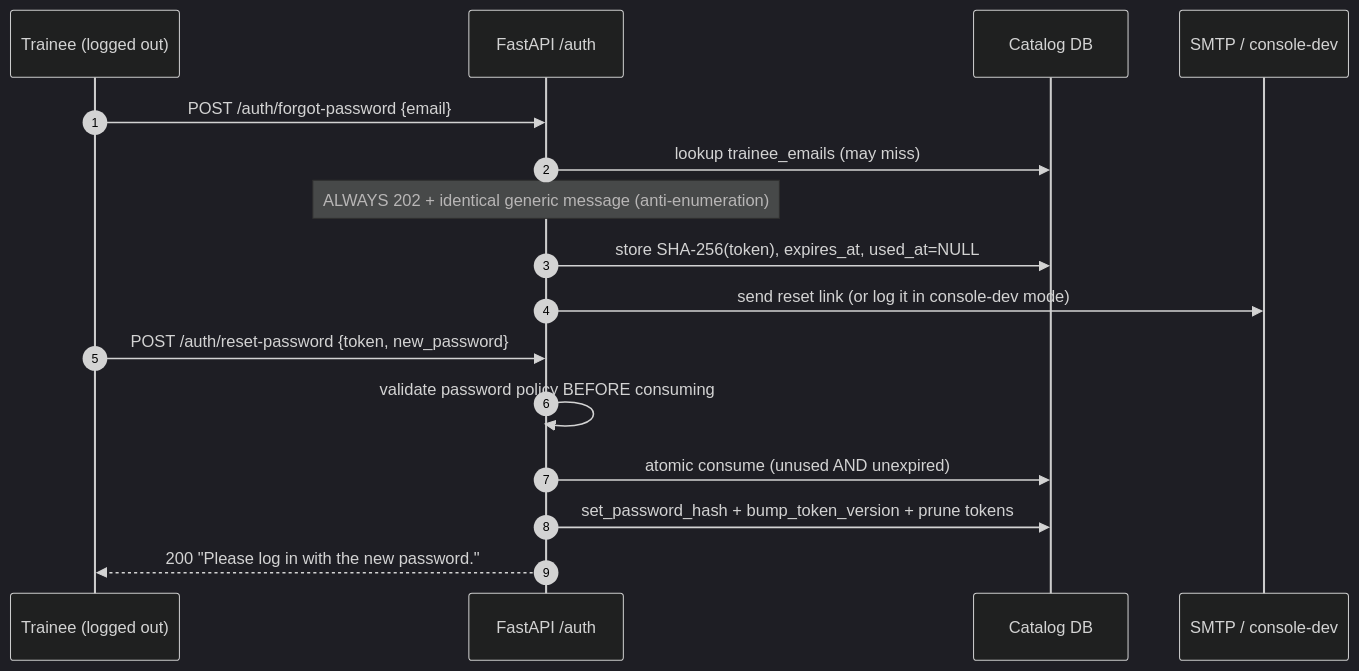
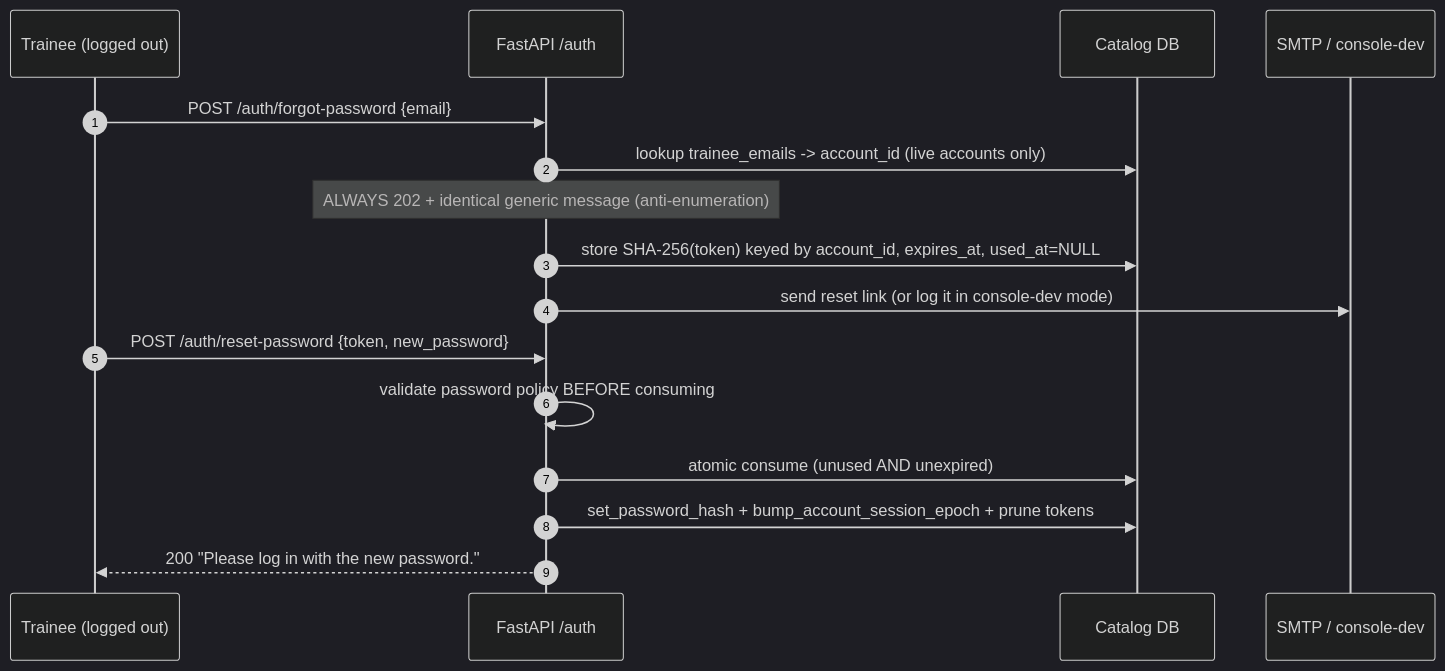
The fourth of 4 diagrams in docs/AUTHENTICATION.md (ahmedtvmer/MAYOS), drawn with Mermaid (dark theme) before and after one commit. The commit also changed other lines of this file and 13 other files, not shown here.

````diff
--- a/docs/AUTHENTICATION.md
+++ b/docs/AUTHENTICATION.md
@@ -161,19 +165,19 @@
 ```mermaid
 sequenceDiagram
     autonumber
     participant User as Trainee (logged out)
     participant API as FastAPI /auth
     participant DB as Catalog DB
     participant Mail as SMTP / console-dev
 
     User->>API: POST /auth/forgot-password {email}
-    API->>DB: lookup trainee_emails (may miss)
+    API->>DB: lookup trainee_emails -> account_id (live accounts only)
     Note over API: ALWAYS 202 + identical generic message (anti-enumeration)
-    API->>DB: store SHA-256(token), expires_at, used_at=NULL
+    API->>DB: store SHA-256(token) keyed by account_id, expires_at, used_at=NULL
     API->>Mail: send reset link (or log it in console-dev mode)
     User->>API: POST /auth/reset-password {token, new_password}
     API->>API: validate password policy BEFORE consuming
     API->>DB: atomic consume (unused AND unexpired)
-    API->>DB: set_password_hash + bump_token_version + prune tokens
+    API->>DB: set_password_hash + bump_account_session_epoch + prune tokens
     API-->>User: 200 "Please log in with the new password."
 ```
````
